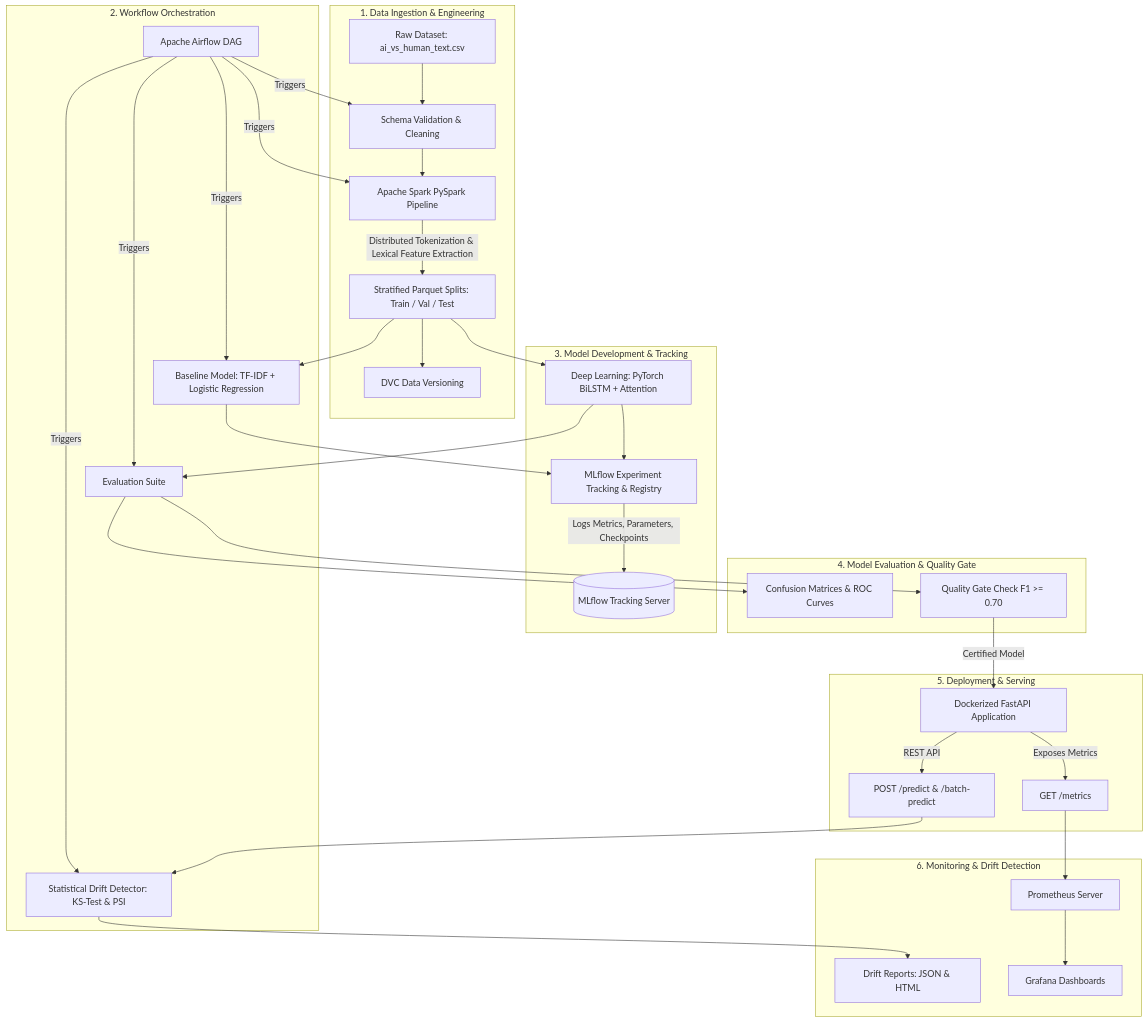
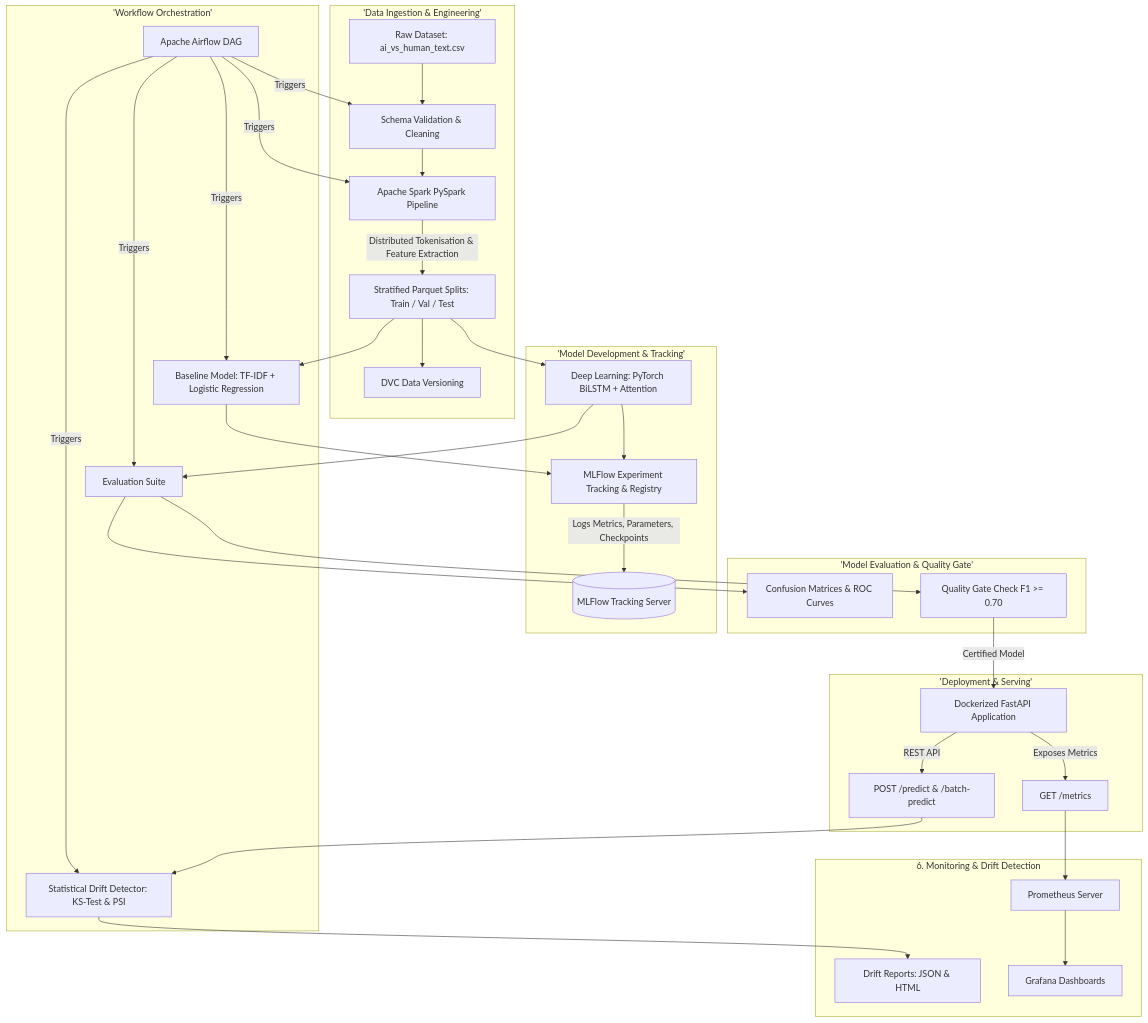
Before and after one commit to aditi-govindu/DA5402W_project_49_da25g501: the diagram in README.md, drawn with Mermaid. The commit also changed other lines of this file, not shown here.

````diff
--- a/README.md
+++ b/README.md
@@ -30,44 +49,44 @@
 ```mermaid
 flowchart TD
-    subgraph Data_Engineering ["1. Data Ingestion & Engineering"]
+    subgraph Data_Engineering ['Data Ingestion & Engineering']
         A[Raw Dataset: ai_vs_human_text.csv] --> B[Schema Validation & Cleaning]
         B --> C[Apache Spark PySpark Pipeline]
-        C -->|Distributed Tokenization & Lexical Feature Extraction| D[Stratified Parquet Splits: Train / Val / Test]
+        C -->|Distributed Tokenisation & Feature Extraction| D[Stratified Parquet Splits: Train / Val / Test]
         D --> E[DVC Data Versioning]
     end
 
-    subgraph Orchestration ["2. Workflow Orchestration"]
+    subgraph Orchestration ['Workflow Orchestration']
         AF[Apache Airflow DAG]
         AF -->|Triggers| B
         AF -->|Triggers| C
         AF -->|Triggers| F
         AF -->|Triggers| J
         AF -->|Triggers| N
     end
 
-    subgraph Model_Development ["3. Model Development & Tracking"]
+    subgraph Model_Development ['Model Development & Tracking']
         D --> F[Baseline Model: TF-IDF + Logistic Regression]
         D --> G[Deep Learning: PyTorch BiLSTM + Attention]
-        F & G --> H[MLflow Experiment Tracking & Registry]
-        H -->|Logs Metrics, Parameters, Checkpoints| I[(MLflow Tracking Server)]
+        F & G --> H[MLFlow Experiment Tracking & Registry]
+        H -->|Logs Metrics, Parameters, Checkpoints| I[(MLFlow Tracking Server)]
     end
 
-    subgraph Evaluation ["4. Model Evaluation & Quality Gate"]
+    subgraph Evaluation ['Model Evaluation & Quality Gate']
         G --> J[Evaluation Suite]
         J --> K[Confusion Matrices & ROC Curves]
         J --> L[Quality Gate Check F1 >= 0.70]
     end
 
-    subgraph Deployment ["5. Deployment & Serving"]
+    subgraph Deployment ['Deployment & Serving']
         L -->|Certified Model| M[Dockerized FastAPI Application]
         M -->|REST API| P[POST /predict & /batch-predict]
         M -->|Exposes Metrics| Q[GET /metrics]
     end
 
     subgraph Monitoring ["6. Monitoring & Drift Detection"]
         P --> N[Statistical Drift Detector: KS-Test & PSI]
         N --> O[Drift Reports: JSON & HTML]
         Q --> R[Prometheus Server]
         R --> S[Grafana Dashboards]
     end
 ```
````
